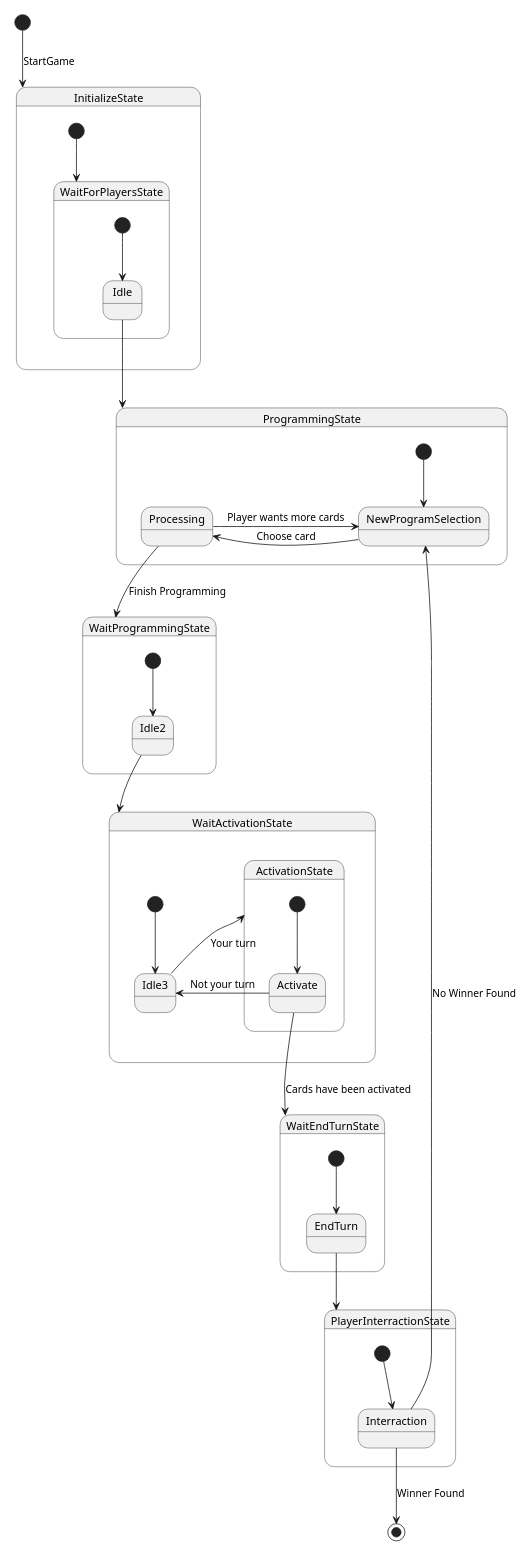
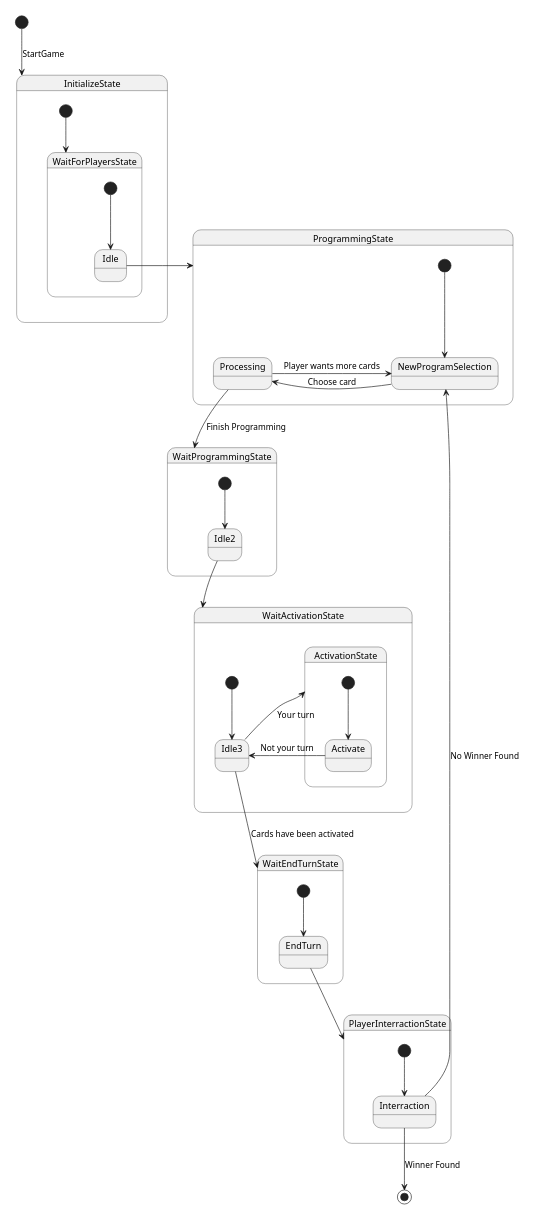
The diagram in 02324-f22-master-e1f89f504da192119e73ae0ea99f3085281965a4/RoboRally/roborally-1.1.0-java17/roborally/Models/State.puml (SiGoldbach/roborally), drawn with PlantUML before and after one commit.

Commit message:
State Diagram updated

```diff
--- a/02324-f22-master-e1f89f504da192119e73ae0ea99f3085281965a4/RoboRally/roborally-1.1.0-java17/roborally/Models/State.puml
+++ b/02324-f22-master-e1f89f504da192119e73ae0ea99f3085281965a4/RoboRally/roborally-1.1.0-java17/roborally/Models/State.puml
@@ -1,57 +1,57 @@
 @startuml
 'https://plantuml.com/state-diagram
 
 scale 350 width
 [*] --> InitializeState : StartGame
 
 state InitializeState {
   [*] --> WaitForPlayersState
 state WaitForPlayersState{
 [*]--> Idle
 }
 }
-Idle --d> ProgrammingState
+Idle --r> ProgrammingState
 
 
 state ProgrammingState {
   [*] --> NewProgramSelection
   NewProgramSelection --L> Processing : Choose card
   Processing --L> NewProgramSelection: Player wants more cards
 
 
 }
 Processing --> WaitProgrammingState: Finish Programming
 
 state WaitProgrammingState{
 [*] --> Idle2
 }
 Idle2 --> WaitActivationState
 
 state WaitActivationState{
 [*] --> Idle3
 Idle3 --d> ActivationState:Your turn
 }
 
 state ActivationState{
 [*] --> Activate
 
 }
 Activate --r> Idle3:Not your turn
 
-Activate --> WaitEndTurnState:Cards have been activated
+Idle3 --> WaitEndTurnState:Cards have been activated
 
 state WaitEndTurnState{
 [*] --> EndTurn
 }
 
 EndTurn --> PlayerInterractionState
 
 state PlayerInterractionState{
 [*] --> Interraction
 }
 Interraction --u> NewProgramSelection:No Winner Found
 Interraction --> [*]: Winner Found
 
 
 
 @enduml
```
